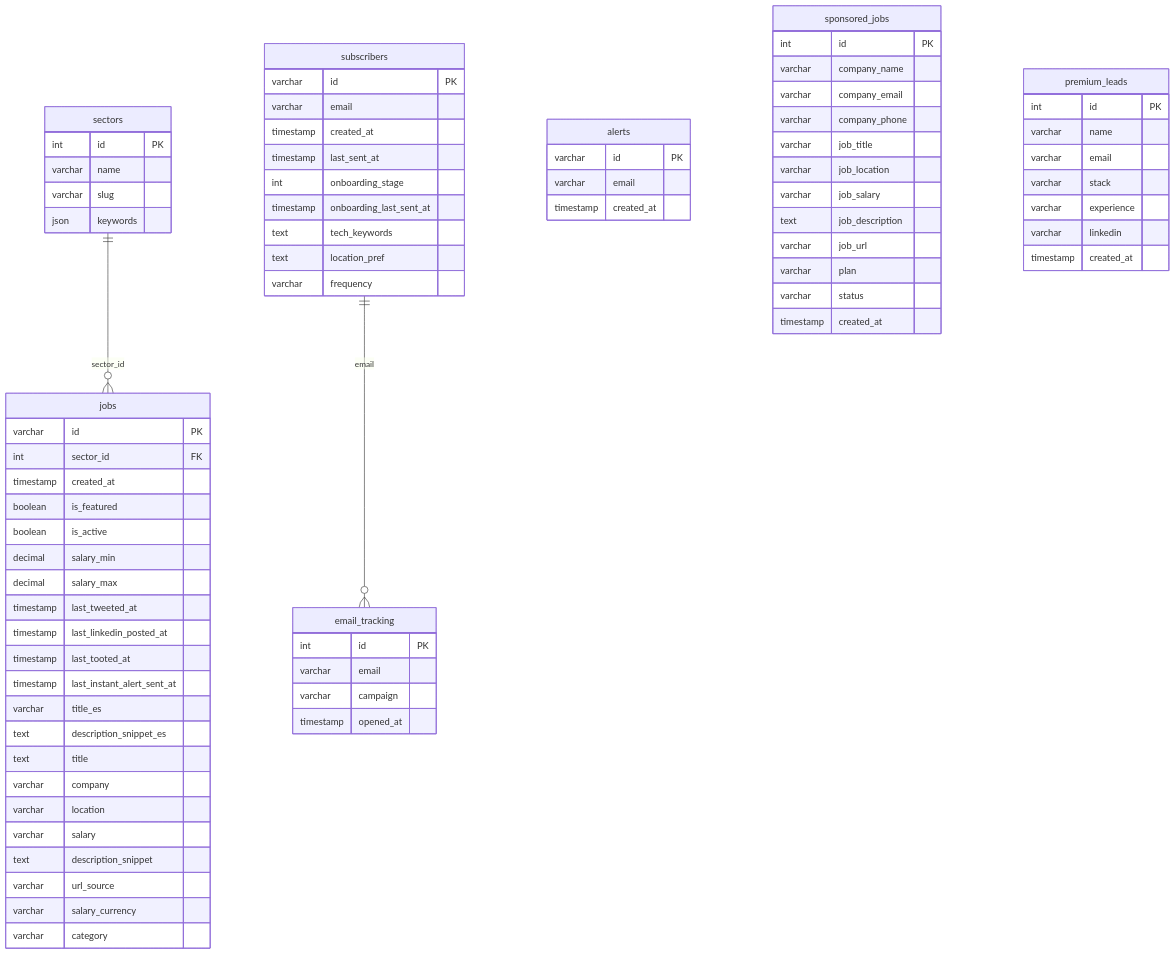
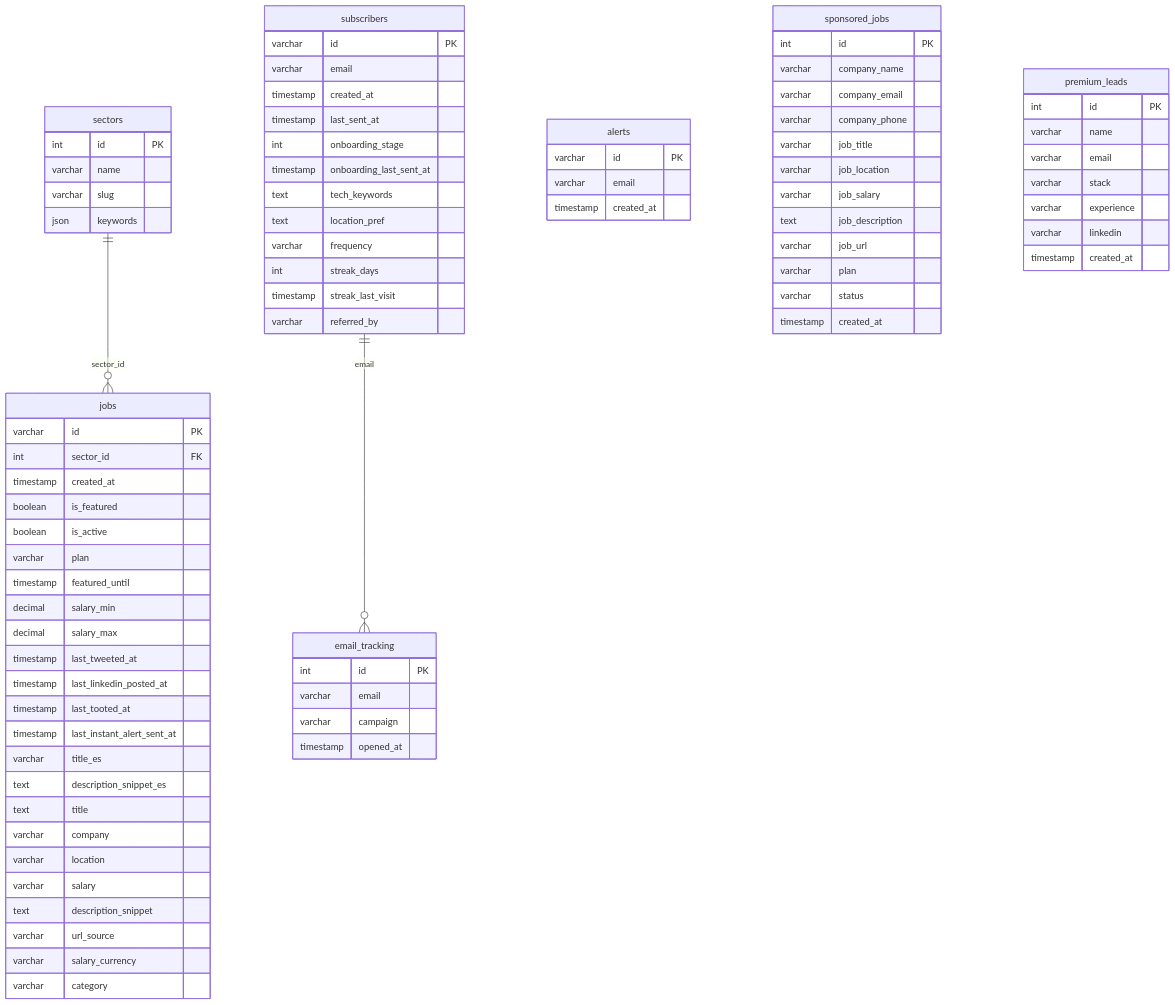
Before and after one commit to Raulmate7/Portal-Trabajo: the second of 2 diagrams in DEVELOPMENT_CONTEXT.md, drawn with Mermaid. The commit also changed other lines of this file, not shown here.

```diff
--- a/DEVELOPMENT_CONTEXT.md
+++ b/DEVELOPMENT_CONTEXT.md
@@ -71,6 +71,8 @@
         timestamp created_at
         boolean is_featured
         boolean is_active
+        varchar plan
+        timestamp featured_until
         decimal salary_min
         decimal salary_max
         timestamp last_tweeted_at
@@ -104,6 +106,9 @@
         text tech_keywords
         text location_pref
         varchar frequency
+        int streak_days
+        timestamp streak_last_visit
+        varchar referred_by
     }
     alerts {
         varchar id PK
```
